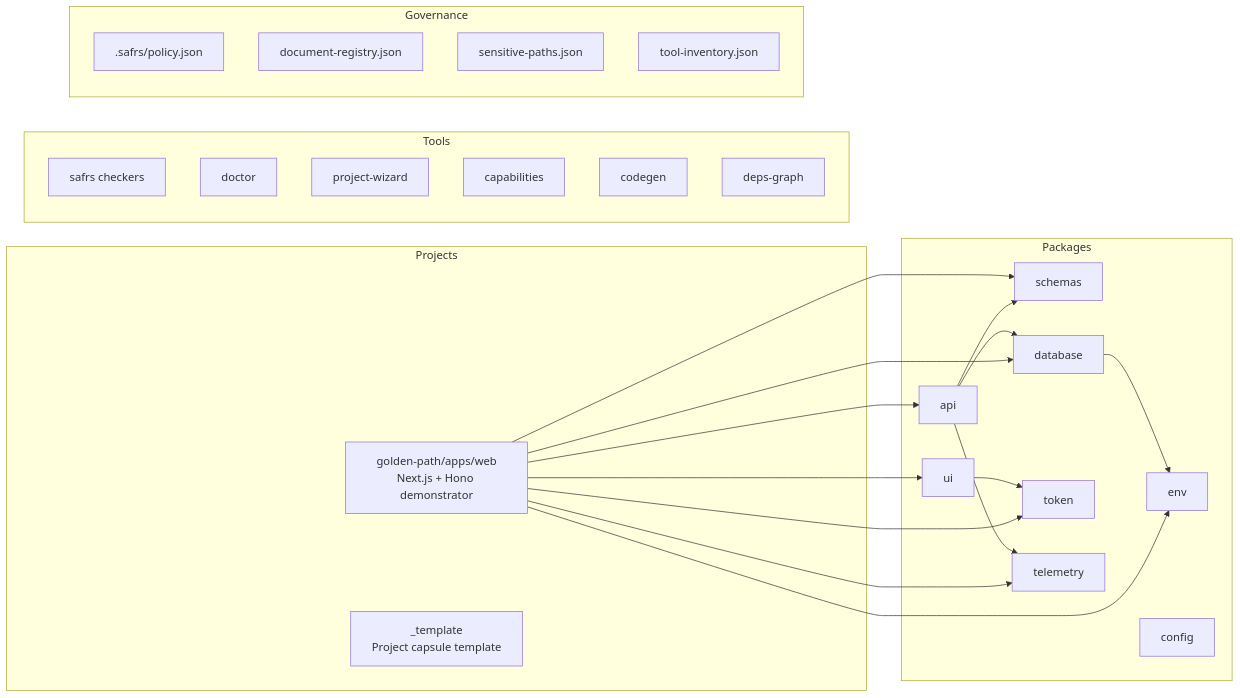
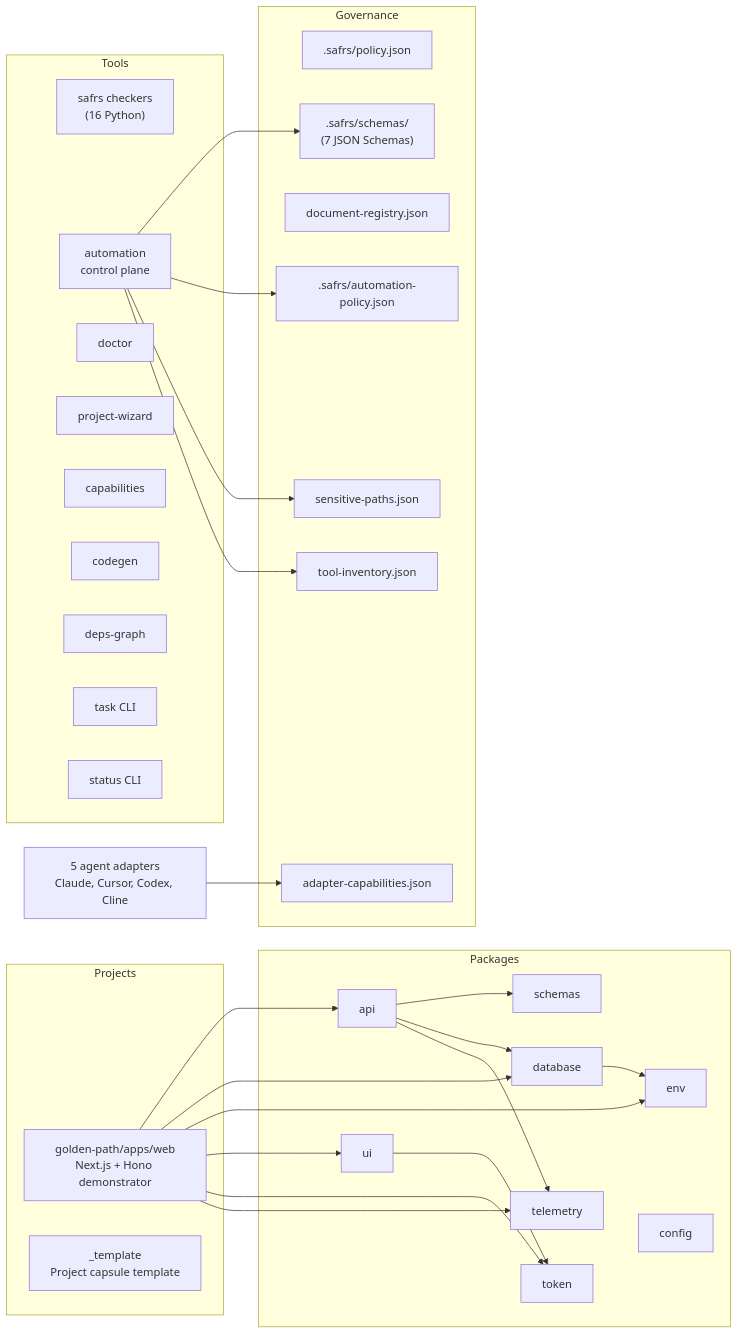
The third of 5 diagrams in sentrawiki/overview/architecture.md (drferdii/Monorepo-safrs), drawn with Mermaid before and after one commit. The commit also changed other lines of this file and 34 other files, not shown here.

First line of the commit message:
docs(wiki): refresh sentrawiki for the automation control plane

````diff
--- a/sentrawiki/overview/architecture.md
+++ b/sentrawiki/overview/architecture.md
@@ -28,47 +48,57 @@
 ```mermaid
 graph LR
     subgraph Projects
         GP["golden-path/apps/web<br/>Next.js + Hono demonstrator"]
         TMPL["_template<br/>Project capsule template"]
     end
 
     subgraph Packages
         SCH["schemas"]
         ENV["env"]
         DB["database"]
         API["api"]
         UI["ui"]
         TOK["token"]
         CFG["config"]
         TEL["telemetry"]
     end
 
     subgraph Tools
-        SAFRS["safrs checkers"]
+        SAFRS["safrs checkers<br/>(16 Python)"]
+        AUTO["automation<br/>control plane"]
         DOC["doctor"]
         WIZ["project-wizard"]
         CAP["capabilities"]
         CG["codegen"]
         DG["deps-graph"]
+        TSK["task CLI"]
+        STS["status CLI"]
     end
 
     subgraph Governance
         POL[".safrs/policy.json"]
+        APOL[".safrs/automation-policy.json"]
         REG["document-registry.json"]
         SENS["sensitive-paths.json"]
         INV["tool-inventory.json"]
+        SCHM[".safrs/schemas/<br/>(7 JSON Schemas)"]
+        ADAP["adapter-capabilities.json"]
     end
 
     GP --> API
     GP --> DB
     GP --> ENV
     GP --> UI
     GP --> TOK
     GP --> TEL
     API --> SCH
     API --> DB
     API --> TEL
     DB --> ENV
     UI --> TOK
-    GP --> SCH
+    AUTO --> SCHM
+    AUTO --> APOL
+    AUTO --> SENS
+    AUTO --> INV
+    GD["5 agent adapters<br/>Claude, Cursor, Codex, Cline"] --> ADAP
 ```
````
